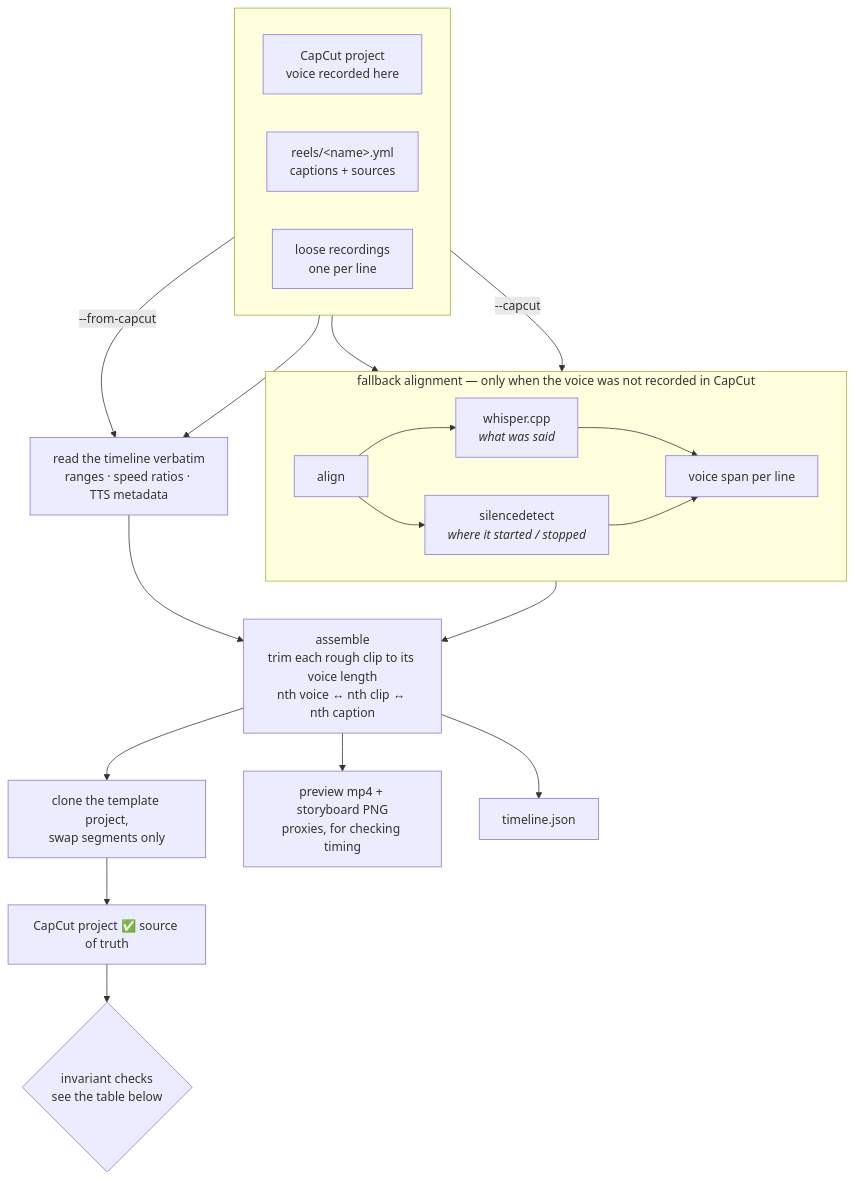
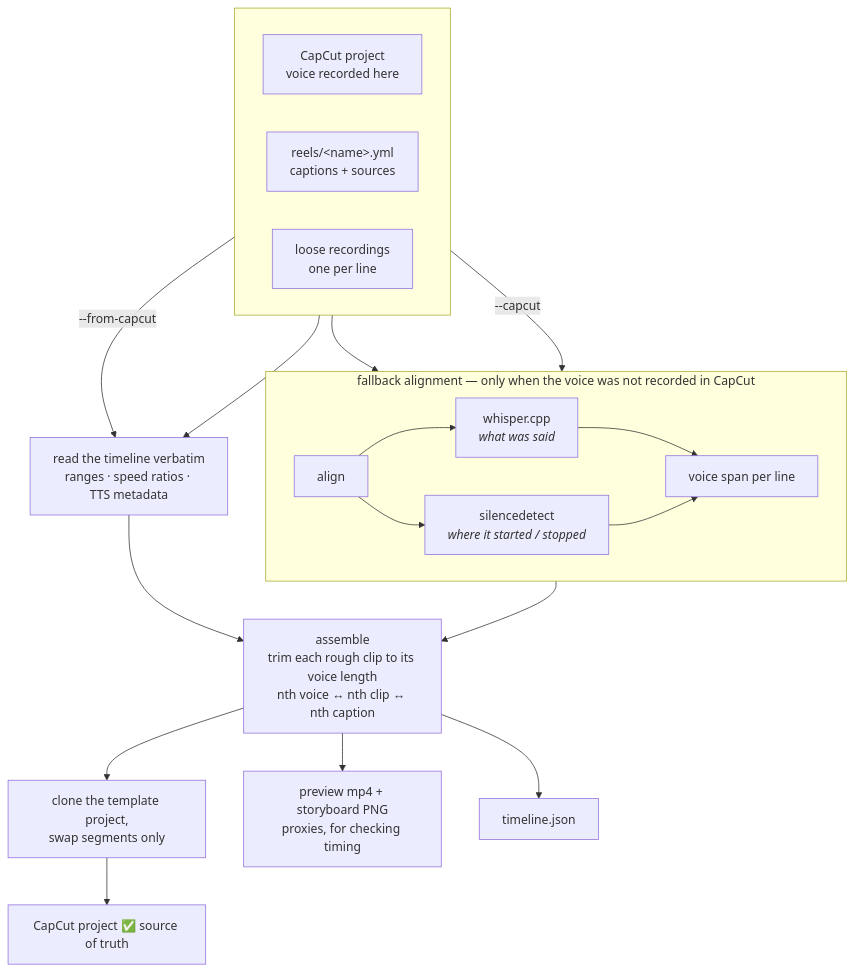
Before and after one commit to june1ee/b-roll: the diagram in README.md, drawn with Mermaid. The commit also changed other lines of this file and 3 other files, not shown here.

````diff
--- a/README.md
+++ b/README.md
@@ -13,34 +171,32 @@
 ```mermaid
 flowchart TB
     subgraph inputs [" "]
         direction LR
         CAP["CapCut project<br/>voice recorded here"]
         YML["reels/&lt;name&gt;.yml<br/>captions + sources"]
         REC["loose recordings<br/>one per line"]
     end
 
     CAP -->|"--from-capcut"| READ["read the timeline verbatim<br/>ranges · speed ratios · TTS metadata"]
     YML --> READ
     YML --> ALIGN
     REC -->|"--capcut"| ALIGN
 
     subgraph fallback ["fallback alignment — only when the voice was not recorded in CapCut"]
         direction LR
         ALIGN["align"] --> W["whisper.cpp<br/><i>what was said</i>"]
         ALIGN --> S["silencedetect<br/><i>where it started / stopped</i>"]
         W --> SPAN["voice span per line"]
         S --> SPAN
     end
 
     READ --> ASM
     SPAN --> ASM
 
     ASM["assemble<br/>trim each rough clip to its voice length<br/>nth voice ↔ nth clip ↔ nth caption"]
 
     ASM --> TPL["clone the template project,<br/>swap segments only"]
     TPL --> OUT1["CapCut project ✅ source of truth"]
     ASM --> OUT2["preview mp4 + storyboard PNG<br/>proxies, for checking timing"]
     ASM --> OUT3["timeline.json"]
-
-    OUT1 --> CHECK{"invariant checks<br/>see the table below"}
 ```
````
